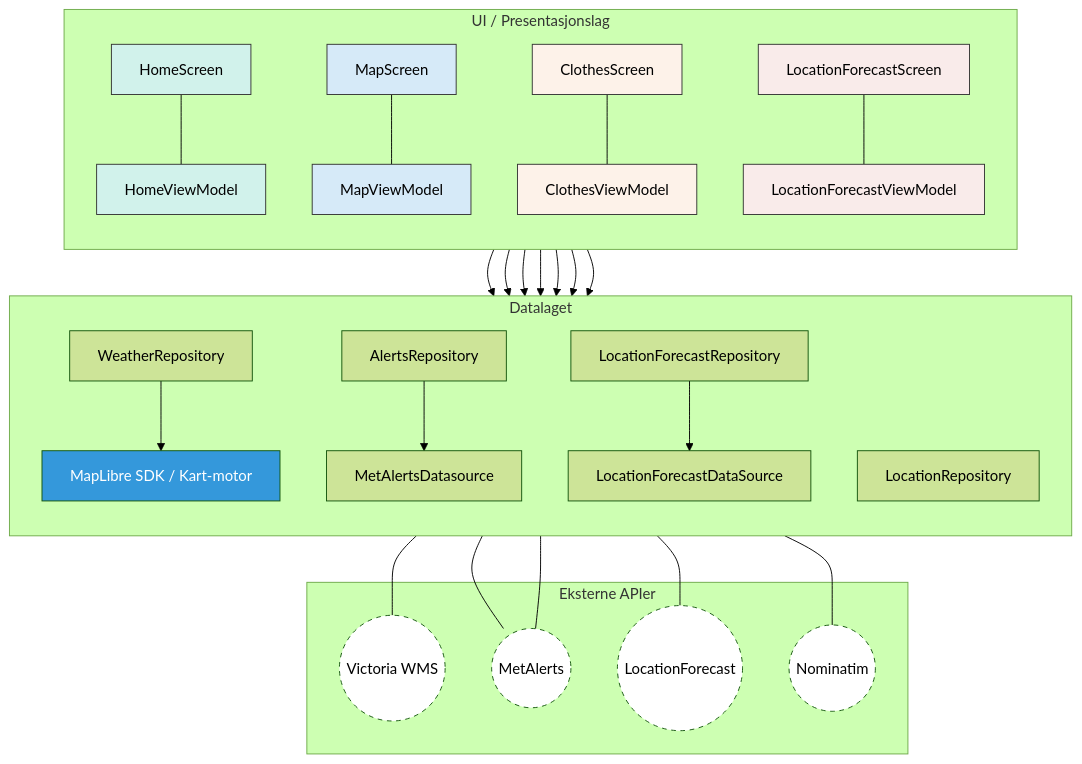
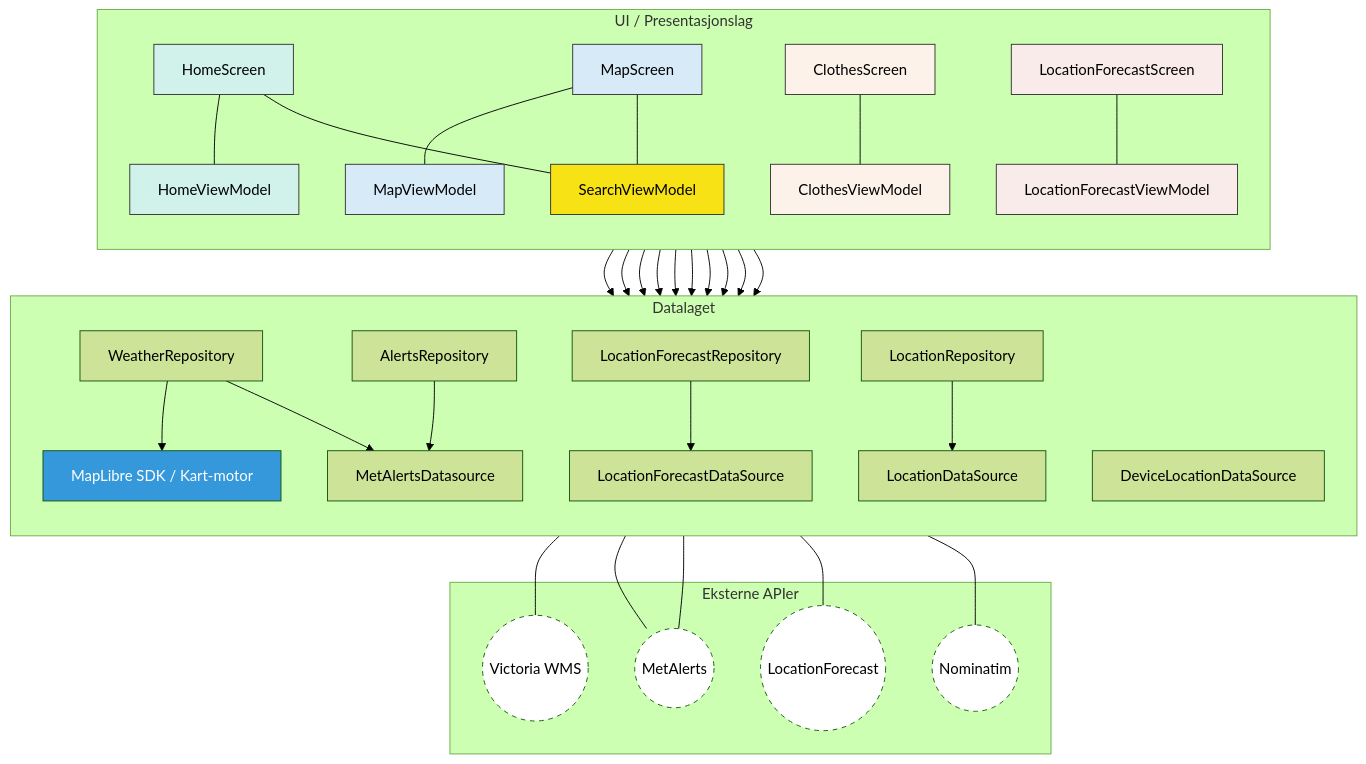
One commit to karolineogard/tskjortevaer-app changed the diagram in ARCHITECTURE.md. Above: the diagram before and after it, drawn with Mermaid (forest theme).

Commit message:
oppdaterer akritekturskissen i ARCHITECTURE.md

````diff
--- a/ARCHITECTURE.md
+++ b/ARCHITECTURE.md
@@ -3,63 +3,77 @@
 ```mermaid
 ---
 config:
   layout: fixed
 ---
 flowchart TB
  subgraph UI_Layer["UI / Presentasjonslag"]
     direction TB
         HS["HomeScreen"]
         MS["MapScreen"]
         CS["ClothesScreen"]
         LFS["LocationForecastScreen"]
         HVM["HomeViewModel"]
         MVM["MapViewModel"]
         CVM["ClothesViewModel"]
         LFVM["LocationForecastViewModel"]
+        SVM["SearchViewModel"]
+
+        
   end
  subgraph Data_Layer["Datalaget"]
     direction TB
         LFR["LocationForecastRepository"]
         WR["WeatherRepository"]
-        AR["AlertsRepository"]
         LR["LocationRepository"]
         LFDS["LocationForecastDataSource"]
         MADS["MetAlertsDatasource"]
         MLSDK["MapLibre SDK / Kart-motor"]
+        DLDS["DeviceLocationDataSource"]
+        AR["AlertsRepository"]
+        LDS["LocationDataSource"]
   end
  subgraph External["Eksterne APIer"]
         MET(("Victoria WMS"))
         Alert(("MetAlerts"))
         Location(("LocationForecast"))
         GEO(("Nominatim"))
   end
     HS --- HVM
     MS --- MVM
     CS --- CVM
     LFS --- LFVM
-    HVM --> LFR & LR & AR
-    MVM --> WR & AR
-    WR --> MLSDK 
-    AR --> MADS
+    HVM --> LFR & LR & WR
+    MVM --> WR
+    WR --> MLSDK & MADS
     CVM --> LFR
     LFVM --> LFR
     LFR --> LFDS
     LFDS --- Location
     MADS --- Alert
     MLSDK --- MET & Alert
-    LR --- GEO
+    LR --> LDS
+    LDS --- GEO
+    MS --- SVM
+    HS --- SVM
+    SVM --> LFR
+    HVM --> DLDS
+    AR --> MADS
+    HVM --> AR
+    MVM --> AR
+    
 
     style HS fill:#d1f2eb,stroke:#333
     style MS fill:#d6eaf8,stroke:#333
     style CS fill:#fdf2e9,stroke:#333
     style LFS fill:#f9ebea,stroke:#333
     style HVM fill:#d1f2eb,stroke:#333
     style MVM fill:#d6eaf8,stroke:#333
     style CVM fill:#fdf2e9,stroke:#333
     style LFVM fill:#f9ebea,stroke:#333
+    style SVM fill:#F6E215,stroke:#333
     style MLSDK fill:#3498db,color:#fff
     style MET fill:#fff,stroke-dasharray: 5 5
     style Alert fill:#fff,stroke-dasharray: 5 5
     style Location fill:#fff,stroke-dasharray: 5 5
     style GEO fill:#fff,stroke-dasharray: 5 5
 ```
````
